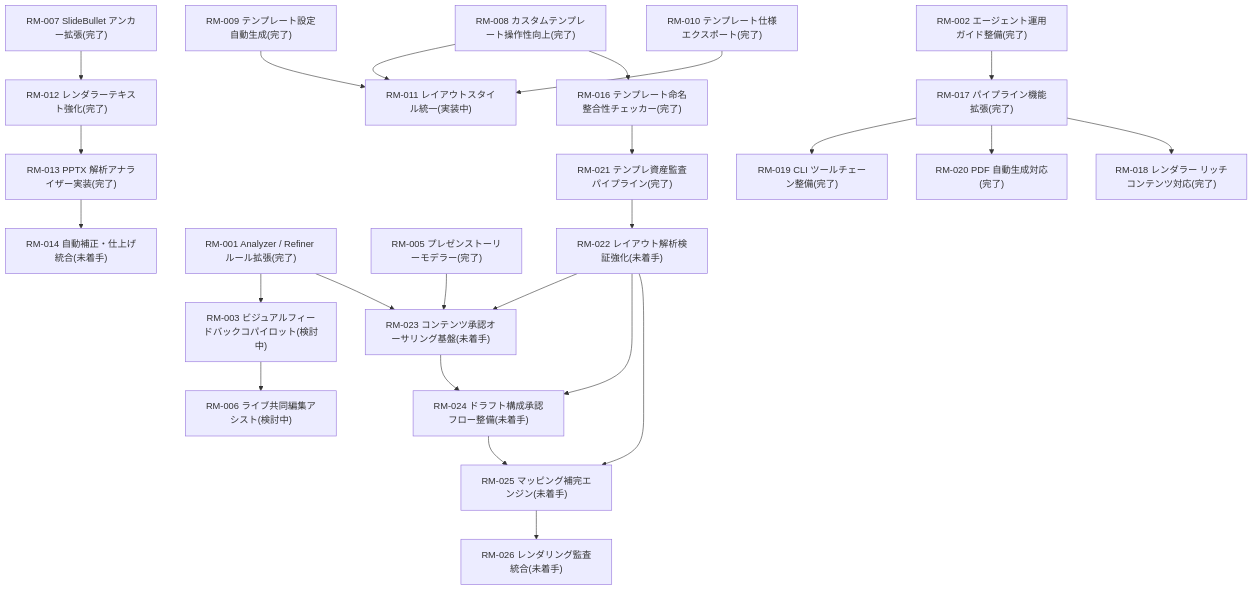
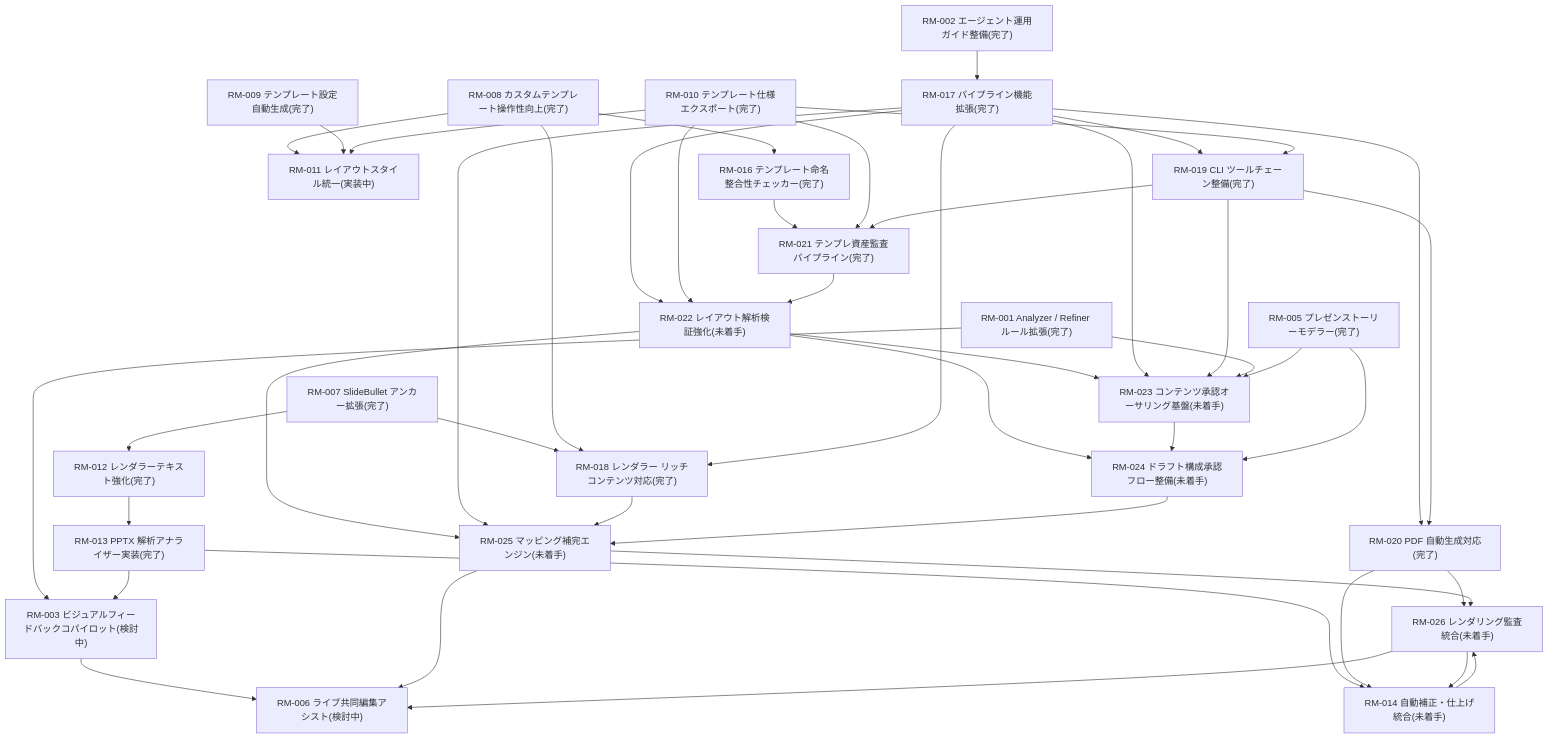
One commit to yurake/pptx_generator changed the diagram in docs/roadmap/README.md. Above: the diagram before and after it, drawn with Mermaid. The commit also changed other lines of this file, not shown here.

Commit message:
docs(roadmap): expand dependency mapping

````diff
--- a/docs/roadmap/README.md
+++ b/docs/roadmap/README.md
@@ -28,26 +28,71 @@
 ```mermaid
 graph TD
-    RM007["RM-007 SlideBullet アンカー拡張(完了)"] --> RM012["RM-012 レンダラーテキスト強化(完了)"]
-    RM012 --> RM013["RM-013 PPTX 解析アナライザー実装(完了)"]
-    RM013 --> RM014["RM-014 自動補正・仕上げ統合(未着手)"]
-    RM008["RM-008 カスタムテンプレート操作性向上(完了)"] --> RM011["RM-011 レイアウトスタイル統一(実装中)"]
-    RM009["RM-009 テンプレート設定自動生成(完了)"] --> RM011
-    RM010["RM-010 テンプレート仕様エクスポート(完了)"] --> RM011
-    RM008 --> RM016["RM-016 テンプレート命名整合性チェッカー(完了)"]
-    RM016 --> RM021["RM-021 テンプレ資産監査パイプライン(完了)"]
-    RM001["RM-001 Analyzer / Refiner ルール拡張(完了)"] --> RM003["RM-003 ビジュアルフィードバックコパイロット(検討中)"]
-    RM001 --> RM023["RM-023 コンテンツ承認オーサリング基盤(未着手)"]
-    RM005["RM-005 プレゼンストーリーモデラー(完了)"] --> RM023
-    RM003 --> RM006["RM-006 ライブ共同編集アシスト(検討中)"]
-    RM002["RM-002 エージェント運用ガイド整備(完了)"] --> RM017["RM-017 パイプライン機能拡張(完了)"]
-    RM017 --> RM019["RM-019 CLI ツールチェーン整備(完了)"]
-    RM017 --> RM020["RM-020 PDF 自動生成対応(完了)"]
-    RM017 --> RM018["RM-018 レンダラー リッチコンテンツ対応(完了)"]
-    RM021 --> RM022["RM-022 レイアウト解析検証強化(未着手)"]
+    RM001["RM-001 Analyzer / Refiner ルール拡張(完了)"]
+    RM002["RM-002 エージェント運用ガイド整備(完了)"]
+    RM003["RM-003 ビジュアルフィードバックコパイロット(検討中)"]
+    RM005["RM-005 プレゼンストーリーモデラー(完了)"]
+    RM006["RM-006 ライブ共同編集アシスト(検討中)"]
+    RM007["RM-007 SlideBullet アンカー拡張(完了)"]
+    RM008["RM-008 カスタムテンプレート操作性向上(完了)"]
+    RM009["RM-009 テンプレート設定自動生成(完了)"]
+    RM010["RM-010 テンプレート仕様エクスポート(完了)"]
+    RM011["RM-011 レイアウトスタイル統一(実装中)"]
+    RM012["RM-012 レンダラーテキスト強化(完了)"]
+    RM013["RM-013 PPTX 解析アナライザー実装(完了)"]
+    RM014["RM-014 自動補正・仕上げ統合(未着手)"]
+    RM016["RM-016 テンプレート命名整合性チェッカー(完了)"]
+    RM017["RM-017 パイプライン機能拡張(完了)"]
+    RM018["RM-018 レンダラー リッチコンテンツ対応(完了)"]
+    RM019["RM-019 CLI ツールチェーン整備(完了)"]
+    RM020["RM-020 PDF 自動生成対応(完了)"]
+    RM021["RM-021 テンプレ資産監査パイプライン(完了)"]
+    RM022["RM-022 レイアウト解析検証強化(未着手)"]
+    RM023["RM-023 コンテンツ承認オーサリング基盤(未着手)"]
+    RM024["RM-024 ドラフト構成承認フロー整備(未着手)"]
+    RM025["RM-025 マッピング補完エンジン(未着手)"]
+    RM026["RM-026 レンダリング監査統合(未着手)"]
+
+    RM001 --> RM003
+    RM013 --> RM003
+    RM003 --> RM006
+    RM025 --> RM006
+    RM026 --> RM006
+    RM002 --> RM017
+    RM007 --> RM012
+    RM012 --> RM013
+    RM013 --> RM014
+    RM020 --> RM014
+    RM026 --> RM014
+    RM014 --> RM026
+    RM020 --> RM026
+    RM025 --> RM026
+    RM007 --> RM018
+    RM008 --> RM018
+    RM017 --> RM018
+    RM017 --> RM019
+    RM010 --> RM019
+    RM017 --> RM020
+    RM019 --> RM020
+    RM017 --> RM022
+    RM010 --> RM022
+    RM021 --> RM022
     RM022 --> RM023
-    RM022 --> RM024["RM-024 ドラフト構成承認フロー整備(未着手)"]
+    RM017 --> RM023
+    RM019 --> RM023
+    RM001 --> RM023
+    RM005 --> RM023
+    RM022 --> RM024
     RM023 --> RM024
-    RM022 --> RM025["RM-025 マッピング補完エンジン(未着手)"]
+    RM005 --> RM024
+    RM022 --> RM025
+    RM017 --> RM025
+    RM018 --> RM025
     RM024 --> RM025
-    RM025 --> RM026["RM-026 レンダリング監査統合(未着手)"]
+    RM008 --> RM011
+    RM009 --> RM011
+    RM010 --> RM011
+    RM008 --> RM016
+    RM016 --> RM021
+    RM010 --> RM021
+    RM019 --> RM021
 ```
````
